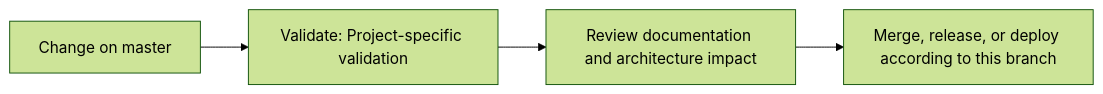
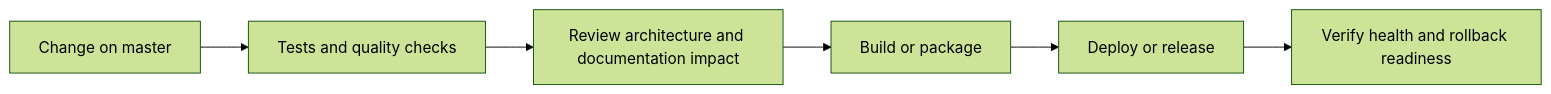
The fourth of 5 diagrams in README.md (Nischhalsubba/Portfolio-website), drawn with Mermaid (forest theme) before and after one commit. The commit also changed other lines of this file, not shown here.

````diff
--- a/README.md
+++ b/README.md
@@ -59,8 +125,8 @@
 ```mermaid
 flowchart LR
-    CHANGE["Change on master"]
-    CHECK["Validate: Project-specific validation"]
-    REVIEW["Review documentation and architecture impact"]
-    RELEASE["Merge, release, or deploy according to this branch"]
-    CHANGE --> CHECK --> REVIEW --> RELEASE
+    CHANGE["Change on master"] --> CHECK["Tests and quality checks"]
+    CHECK --> REVIEW["Review architecture and documentation impact"]
+    REVIEW --> BUILD["Build or package"]
+    BUILD --> DEPLOY["Deploy or release"]
+    DEPLOY --> VERIFY["Verify health and rollback readiness"]
 ```
````
